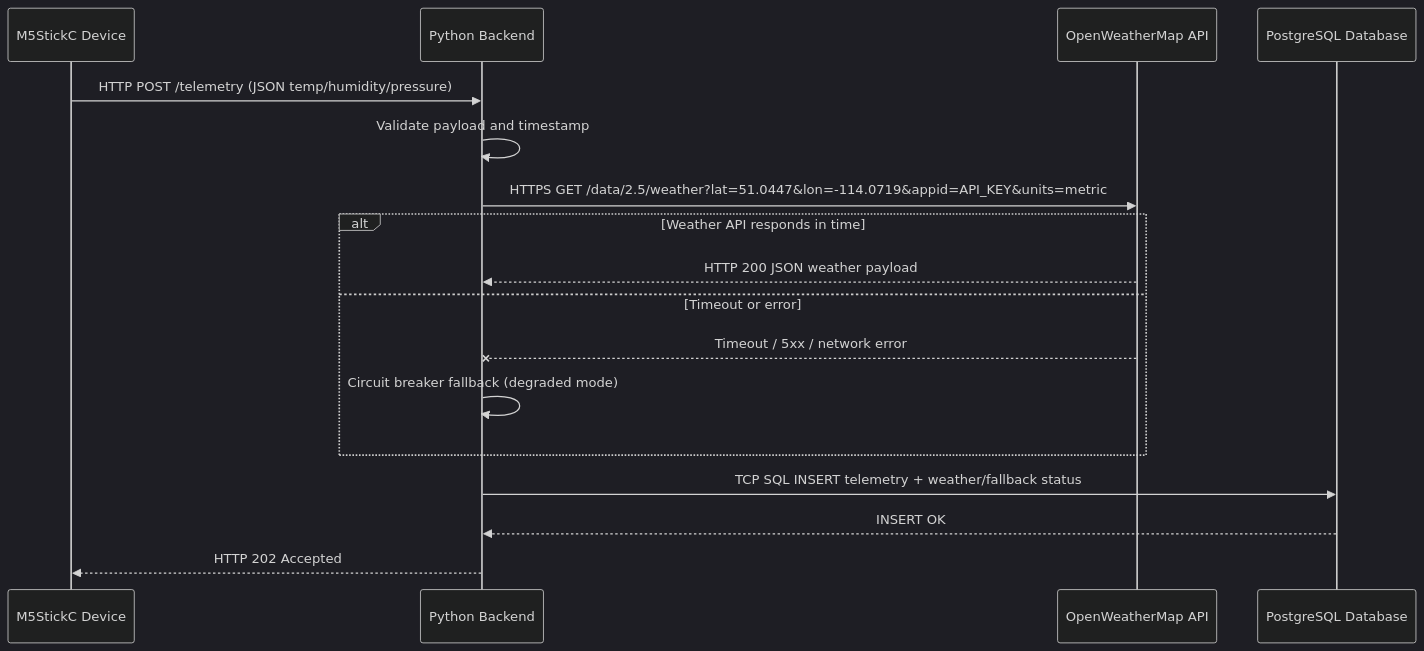
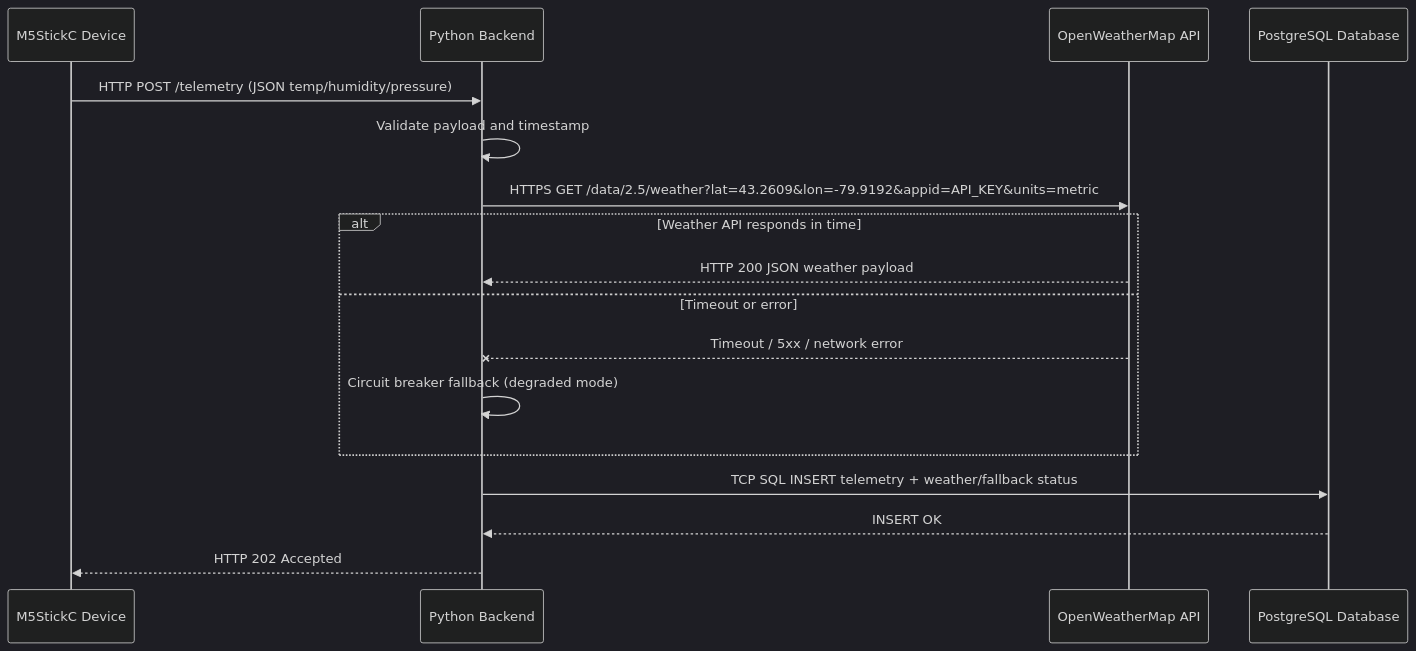
Before and after one commit to thecybershotguy/envirosync: the third of 3 diagrams in docs/Milestone3-Architecture.md, drawn with Mermaid (dark theme). The commit also changed other lines of this file and 2 other files, not shown here.

Commit message:
Split Milestone 3 architecture from Milestone 4 implementation documentation

````diff
--- a/docs/Milestone3-Architecture.md
+++ b/docs/Milestone3-Architecture.md
@@ -55,20 +59,20 @@
 ```mermaid
 sequenceDiagram
     participant Device as M5StickC Device
     participant Backend as Python Backend
     participant OWM as OpenWeatherMap API
     participant DB as PostgreSQL Database
 
     Device->>Backend: HTTP POST /telemetry (JSON temp/humidity/pressure)
     Backend->>Backend: Validate payload and timestamp
-    Backend->>OWM: HTTPS GET /data/2.5/weather?lat=51.0447&lon=-114.0719&appid=API_KEY&units=metric
+    Backend->>OWM: HTTPS GET /data/2.5/weather?lat=43.2609&lon=-79.9192&appid=API_KEY&units=metric
     alt Weather API responds in time
         OWM-->>Backend: HTTP 200 JSON weather payload
     else Timeout or error
         OWM--xBackend: Timeout / 5xx / network error
         Backend->>Backend: Circuit breaker fallback (degraded mode)
     end
     Backend->>DB: TCP SQL INSERT telemetry + weather/fallback status
     DB-->>Backend: INSERT OK
     Backend-->>Device: HTTP 202 Accepted
 ```
````
